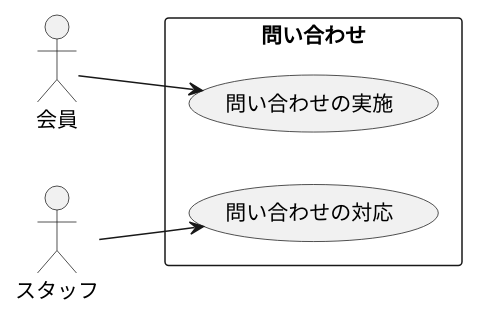
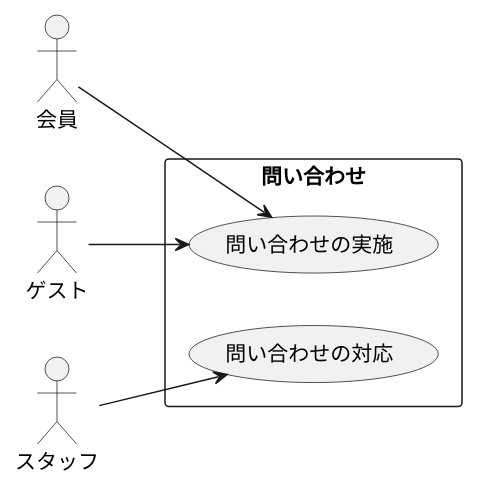
Before and after one commit to k2works/case-study-mrs: diagram 24 of 30 in docs/index.adoc, drawn with PlantUML. The commit also changed other lines of this file and 9 other files, not shown here.

```diff
--- a/docs/index.adoc
+++ b/docs/index.adoc
@@ -708,14 +737,16 @@
 [plantuml]
 ----
 @startuml
 left to right direction
 actor "会員" as member
+actor "ゲスト" as gust
 actor "スタッフ" as admin
 rectangle 問い合わせ {
   usecase "問い合わせの実施" as UC1
   usecase "問い合わせの対応" as UC2
 }
+gust --> UC1
 member --> UC1
 admin --> UC2
 @enduml
 ----
```
